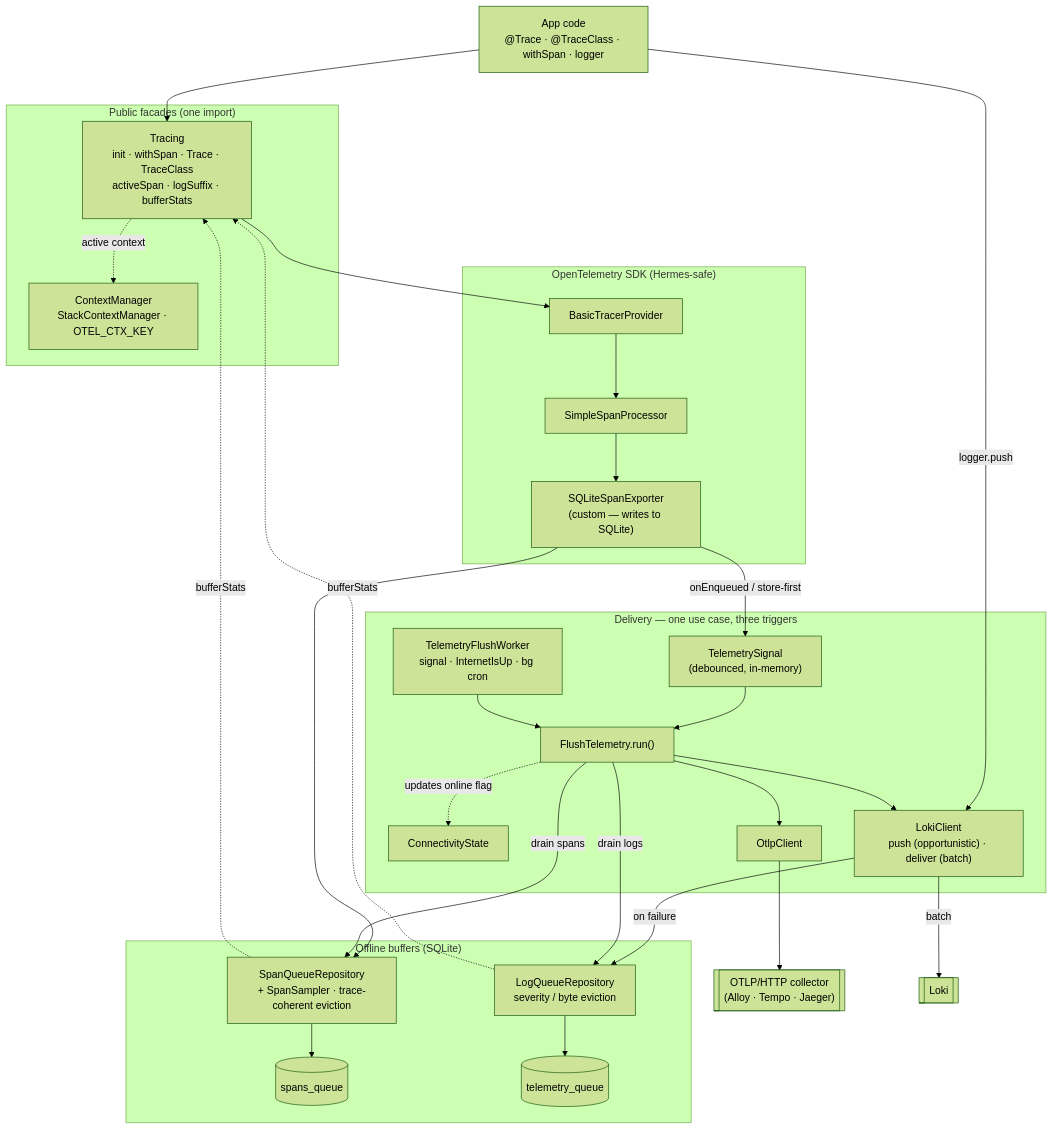
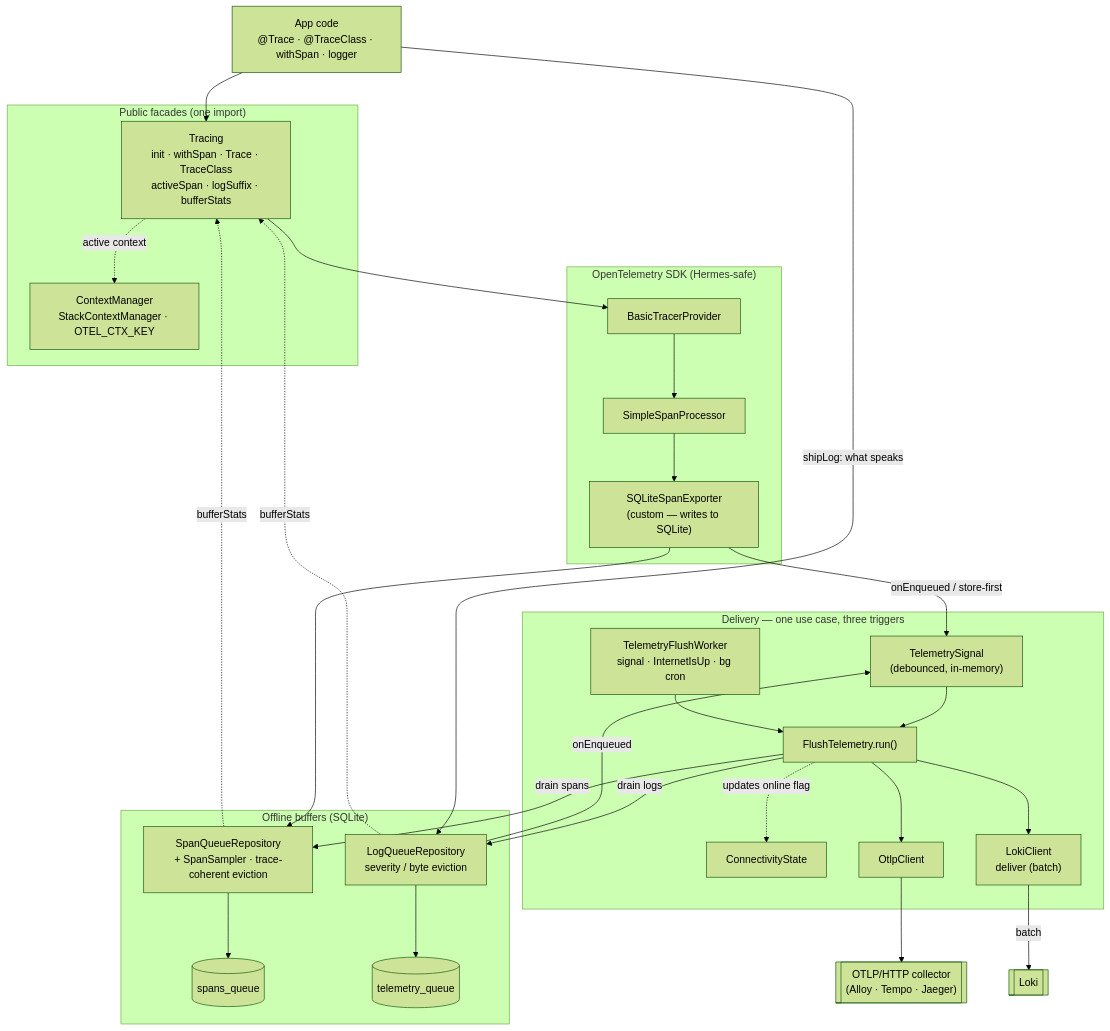
The first of 4 diagrams in docs/architecture-telemetry.md (Sincpro-SRL/sincpro_mobile), drawn with Mermaid (forest theme) before and after one commit. The commit also changed 20 other files, not shown here.

First line of the commit message:
feat(#81): log lines stored first and sent to Loki in batches; what speaks is the app's per environment — WARN/ERROR always, spans never filtered (#82)

````diff
--- a/docs/architecture-telemetry.md
+++ b/docs/architecture-telemetry.md
@@ -28,58 +28,58 @@
 ```mermaid
 flowchart TB
     app["App code<br/>@Trace · @TraceClass · withSpan · logger"]
 
     subgraph FACADE["Public facades (one import)"]
         tracing["Tracing<br/>init · withSpan · Trace · TraceClass<br/>activeSpan · logSuffix · bufferStats"]
         ctx["ContextManager<br/>StackContextManager · OTEL_CTX_KEY"]
     end
 
     subgraph SDK["OpenTelemetry SDK (Hermes-safe)"]
         provider["BasicTracerProvider"]
         proc["SimpleSpanProcessor"]
         exporter["SQLiteSpanExporter<br/>(custom — writes to SQLite)"]
     end
 
     subgraph BUFFERS["Offline buffers (SQLite)"]
         spanRepo["SpanQueueRepository<br/>+ SpanSampler · trace-coherent eviction"]
         logRepo["LogQueueRepository<br/>severity / byte eviction"]
         spansTbl[("spans_queue")]
         logsTbl[("telemetry_queue")]
     end
 
     subgraph DELIVERY["Delivery — one use case, three triggers"]
         signal["TelemetrySignal<br/>(debounced, in-memory)"]
         worker["TelemetryFlushWorker<br/>signal · InternetIsUp · bg cron"]
         flush["FlushTelemetry.run()"]
         conn["ConnectivityState"]
-        loki["LokiClient<br/>push (opportunistic) · deliver (batch)"]
+        loki["LokiClient<br/>deliver (batch)"]
         otlp["OtlpClient"]
     end
 
     collector[["OTLP/HTTP collector<br/>(Alloy · Tempo · Jaeger)"]]
     lokiSrv[["Loki"]]
 
     app --> tracing
-    app -->|logger.push| loki
+    app -->|shipLog: what speaks| logRepo
     tracing --> provider
     tracing -.->|active context| ctx
     provider --> proc
     proc --> exporter
     exporter --> spanRepo
     spanRepo --> spansTbl
     exporter -->|onEnqueued / store-first| signal
-    loki -->|on failure| logRepo
+    logRepo -->|onEnqueued| signal
     logRepo --> logsTbl
 
     signal --> flush
     worker --> flush
     flush -->|drain logs| logRepo
     flush -->|drain spans| spanRepo
     flush --> loki
     loki -->|batch| lokiSrv
     flush --> otlp
     otlp --> collector
     flush -.->|updates online flag| conn
     spanRepo -.->|bufferStats| tracing
     logRepo -.->|bufferStats| tracing
 ```
````
